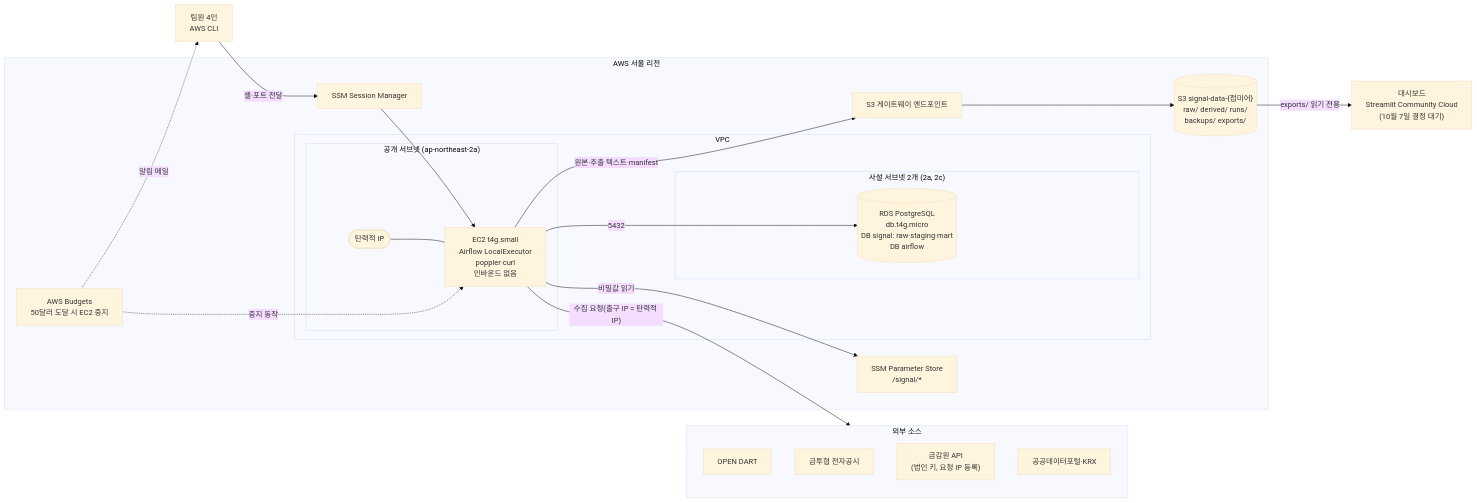
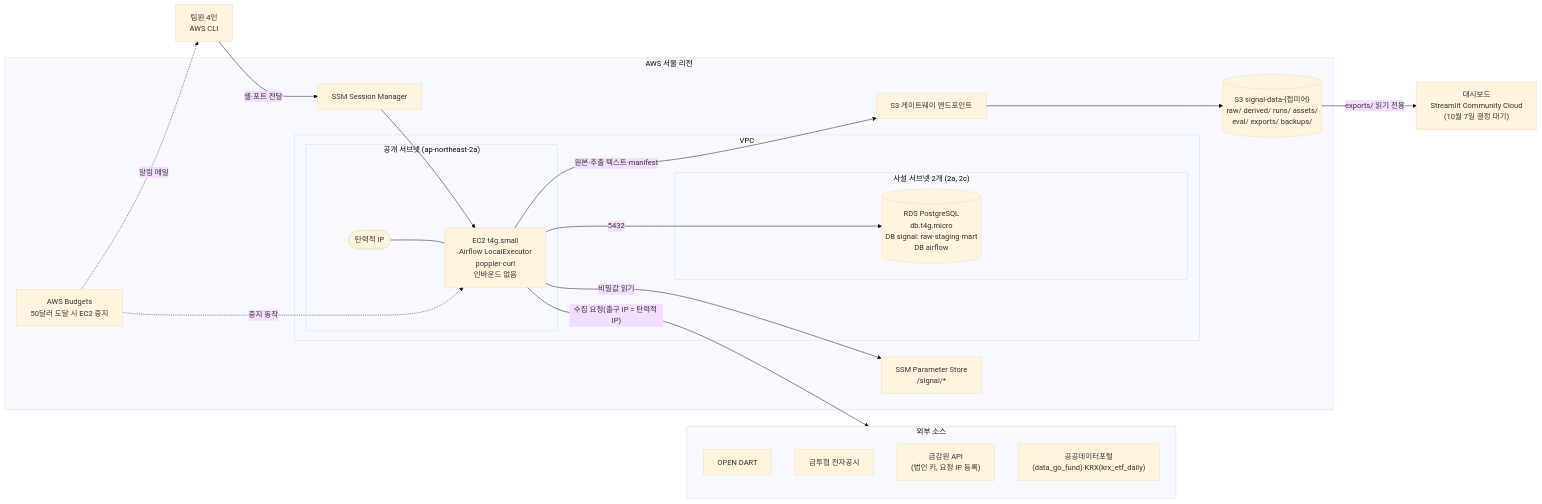
Before and after one commit to BOAZ-Signal-Team-26/signal-infra: the diagram in docs/storage-design.md, drawn with Mermaid (base theme). The commit also changed other lines of this file, not shown here.

````diff
--- a/docs/storage-design.md
+++ b/docs/storage-design.md
@@ -510,40 +564,40 @@
 ```mermaid
 flowchart LR
     subgraph EXT["외부 소스"]
         DART["OPEN DART"]
         KOFIA["금투협 전자공시"]
         FSS["금감원 API<br/>(법인 키, 요청 IP 등록)"]
-        PORTAL["공공데이터포털·KRX"]
+        PORTAL["공공데이터포털(data_go_fund)·KRX(krx_etf_daily)"]
     end
 
     subgraph AWS["AWS 서울 리전"]
         subgraph VPC["VPC"]
             subgraph PUB["공개 서브넷 (ap-northeast-2a)"]
                 EC2["EC2 t4g.small<br/>Airflow LocalExecutor<br/>poppler·curl<br/>인바운드 없음"]
                 EIP(["탄력적 IP"])
             end
             subgraph PRIV["사설 서브넷 2개 (2a, 2c)"]
                 RDS[("RDS PostgreSQL<br/>db.t4g.micro<br/>DB signal: raw·staging·mart<br/>DB airflow")]
             end
         end
         VPCE["S3 게이트웨이 엔드포인트"]
-        S3[("S3 signal-data-{접미어}<br/>raw/ derived/ runs/<br/>backups/ exports/")]
+        S3[("S3 signal-data-{접미어}<br/>raw/ derived/ runs/ assets/<br/>eval/ exports/ backups/")]
         SSM["SSM Parameter Store<br/>/signal/*"]
         SM["SSM Session Manager"]
         BUD["AWS Budgets<br/>50달러 도달 시 EC2 중지"]
     end
 
     DASH["대시보드<br/>Streamlit Community Cloud<br/>(10월 7일 결정 대기)"]
     TEAM["팀원 4인<br/>AWS CLI"]
 
     EIP --- EC2
     EC2 -- "수집 요청(출구 IP = 탄력적 IP)" --> EXT
     EC2 -- "원본·추출 텍스트·manifest" --> VPCE --> S3
     EC2 -- "5432" --> RDS
     EC2 -- "비밀값 읽기" --> SSM
     TEAM -- "셸·포트 전달" --> SM
     SM --> EC2
     S3 -- "exports/ 읽기 전용" --> DASH
     BUD -. "알림 메일" .-> TEAM
     BUD -. "중지 동작" .-> EC2
 ```
````
